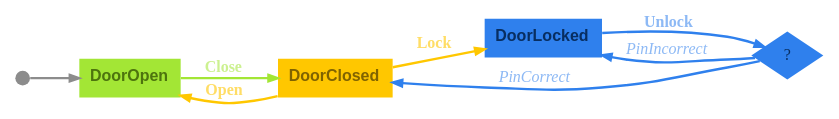
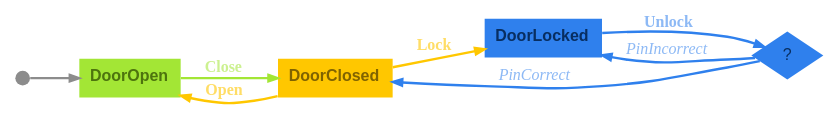
Before and after one commit to m-bock/purescript-transit: the diagram in renders/door-pin_graph-dark.dot, drawn with Graphviz. The commit also changed 59 other files, not shown here.

```diff
--- a/renders/door-pin_graph-dark.dot
+++ b/renders/door-pin_graph-dark.dot
@@ -1,16 +1,43 @@
-digraph 
-{
-rankdir = "TD";fontname = "Arial";labelloc = "t";fontsize = 12.0;bgcolor = "#00000000";color = "#c8c8c8";fontcolor = "#c8c8c8";layout = "dot";rankdir = "LR"
-DoorOpen [shape = "box", label = <<b>DoorOpen</b>>, fontsize = 12.0, style = "filled", fillcolor = "#a3e635", fontcolor = "#4d740e", color = "#a3e635", fontname = "Arial", labelloc = "c", penwidth = 0.0, height = 0.4]
-__Start__ [shape = "circle", label = "", width = 0.15, height = 0.15, fixedsize = true, style = "filled", fillcolor = "#8c8c8c", penwidth = 0.0]
-__Start__ -> DoorOpen [color = "#8c8c8c", fontsize = 12.0, arrowsize = "0.7", penwidth = 1.8]
-DoorOpen -> DoorClosed [color = "#a3e635", fontcolor = "#ccf190", fontsize = 12.0, arrowsize = "0.7", label = <<b>Close</b>>, penwidth = 1.8]
-DoorClosed [shape = "box", label = <<b>DoorClosed</b>>, fontsize = 12.0, style = "filled", fillcolor = "#ffc700", fontcolor = "#806300", color = "#ffc700", fontname = "Arial", labelloc = "c", penwidth = 0.0, height = 0.4]
-DoorClosed -> DoorOpen [color = "#ffc700", fontcolor = "#ffdd66", fontsize = 12.0, arrowsize = "0.7", label = <<b>Open</b>>, penwidth = 1.8]
-DoorClosed -> DoorLocked [color = "#ffc700", fontcolor = "#ffdd66", fontsize = 12.0, arrowsize = "0.7", label = <<b>Lock</b>>, penwidth = 1.8]
-DoorLocked [shape = "box", label = <<b>DoorLocked</b>>, fontsize = 12.0, style = "filled", fillcolor = "#2f80ed", fontcolor = "#082e61", color = "#2f80ed", fontname = "Arial", labelloc = "c", penwidth = 0.0, height = 0.4]
-decision_DoorLocked_Unlock [shape = "diamond", label = "?", fontsize = 12.0, fontcolor = "#082e61", style = "filled", fillcolor = "#2f80ed", penwidth = 0.0]
-DoorLocked -> decision_DoorLocked_Unlock [color = "#2f80ed", fontcolor = "#8db9f5", fontsize = 12.0, arrowsize = "0.7", label = <<b>Unlock</b>>, penwidth = 1.8]
-decision_DoorLocked_Unlock -> DoorLocked [color = "#2f80ed", fontcolor = "#8db9f5", fontsize = 12.0, arrowsize = "0.7", label = <<i>PinIncorrect</i>>, penwidth = 1.8]
-decision_DoorLocked_Unlock -> DoorClosed [color = "#2f80ed", fontcolor = "#8db9f5", fontsize = 12.0, arrowsize = "0.7", label = <<i>PinCorrect</i>>, penwidth = 1.8]
+digraph {
+  // Global attributes
+  graph [
+    rankdir = TD
+    labelloc = t
+    fontsize = 12.0
+    bgcolor = "#00000000"
+    color = "#c8c8c8"
+    fontcolor = "#c8c8c8"
+    layout = dot
+    rankdir = LR
+  ]
+  node [
+    style = filled
+    fontsize = 12.0
+    fontname = Arial
+    penwidth = 0.0
+    labelloc = c
+  ]
+  edge [
+    arrowsize = 0.7
+    penwidth = 1.8
+    fontsize = 12.0
+  ]
+  
+  // Entry points
+  __ENTRY__DoorOpen [shape = circle, label = "", width = 0.15, height = 0.15, fixedsize = true, fillcolor = "#8c8c8c"]
+  
+  // Nodes
+  DoorOpen [shape = box, label = <<b>DoorOpen</b>>, height = 0.4, fontcolor = "#4d740e", fillcolor = "#a3e635", color = "#a3e635"]
+  DoorClosed [shape = box, label = <<b>DoorClosed</b>>, height = 0.4, fontcolor = "#806300", fillcolor = "#ffc700", color = "#ffc700"]
+  DoorLocked [shape = box, label = <<b>DoorLocked</b>>, height = 0.4, fontcolor = "#082e61", fillcolor = "#2f80ed", color = "#2f80ed"]
+  __DECISION__DoorLocked__Unlock [shape = diamond, label = "?", fontcolor = "#082e61", fillcolor = "#2f80ed"]
+  
+  // Edges
+  __ENTRY__DoorOpen -> DoorOpen [color = "#8c8c8c"]
+  DoorOpen -> DoorClosed [label = <<b>Close</b>>, color = "#a3e635", fontcolor = "#ccf190"]
+  DoorClosed -> DoorOpen [label = <<b>Open</b>>, color = "#ffc700", fontcolor = "#ffdd66"]
+  DoorClosed -> DoorLocked [label = <<b>Lock</b>>, color = "#ffc700", fontcolor = "#ffdd66"]
+  DoorLocked -> __DECISION__DoorLocked__Unlock [label = <<b>Unlock</b>>, color = "#2f80ed", fontcolor = "#8db9f5"]
+  __DECISION__DoorLocked__Unlock -> DoorLocked [label = <<i>PinIncorrect</i>>, color = "#2f80ed", fontcolor = "#8db9f5"]
+  __DECISION__DoorLocked__Unlock -> DoorClosed [label = <<i>PinCorrect</i>>, color = "#2f80ed", fontcolor = "#8db9f5"]
 }
```
